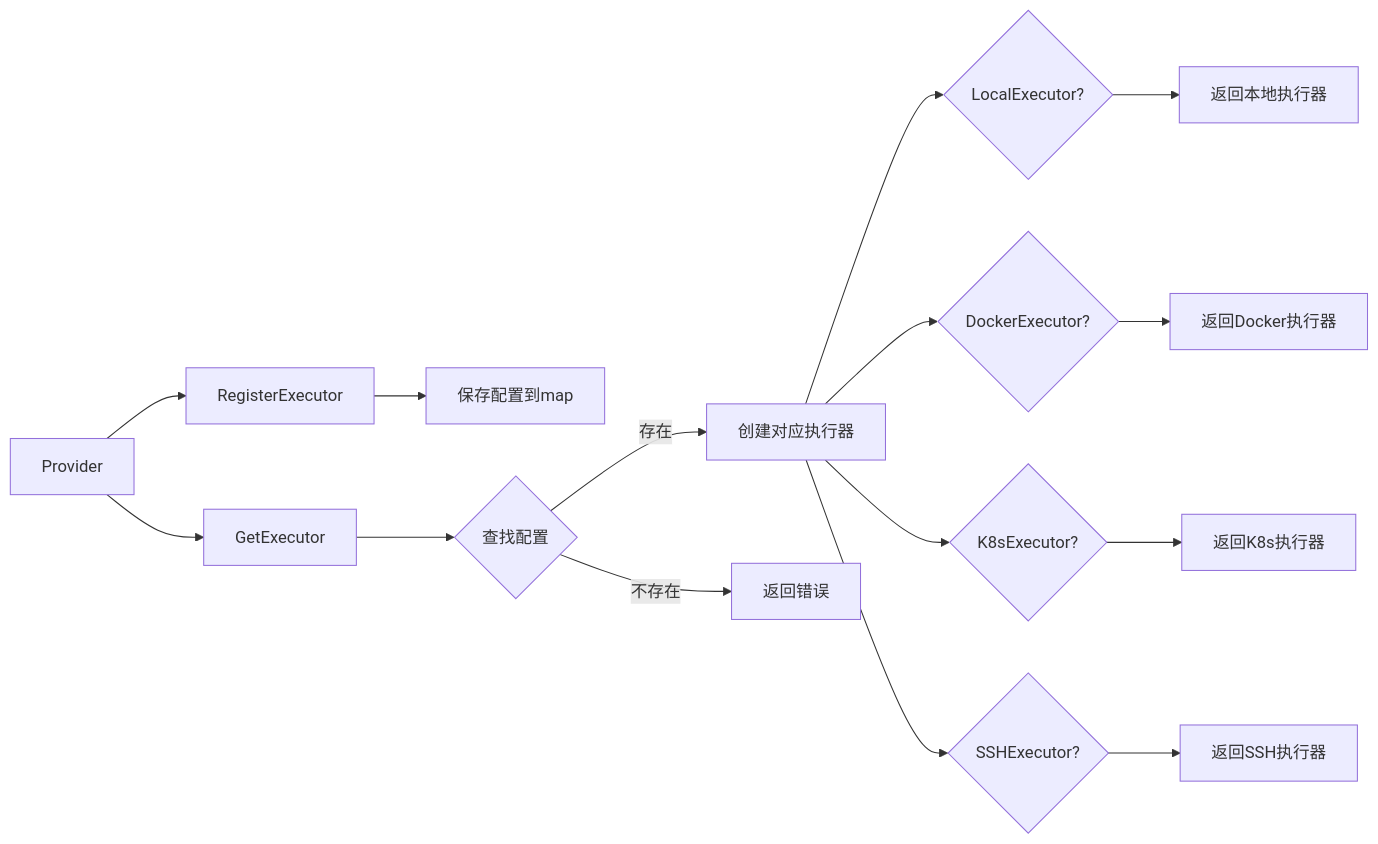
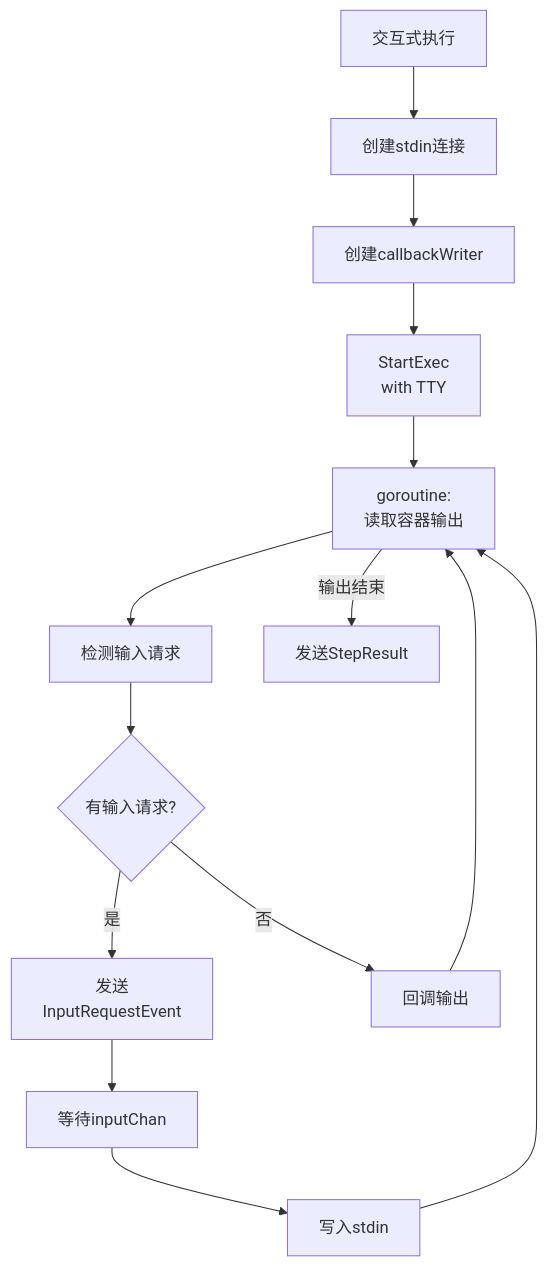
Before and after one commit to LerkoX/flowx: the seventh of 13 diagrams in executor/FLOWS.md, drawn with Mermaid. The commit also changed other lines of this file and 6 other files, not shown here.

First line of the commit message:
docs: enhance module flow diagrams with detailed implementation flows

````diff
--- a/executor/FLOWS.md
+++ b/executor/FLOWS.md
@@ -116,20 +173,18 @@
 ```mermaid
-flowchart LR
-    A[Provider] --> B[RegisterExecutor]
-    B --> C[保存配置到map]
+flowchart TD
+    A[交互式执行] --> B[创建stdin连接]
+    B --> C[创建callbackWriter]
+    C --> D[StartExec<br/>with TTY]
 
-    A --> D[GetExecutor]
-    D --> E{查找配置}
-    E -->|存在| F[创建对应执行器]
-    E -->|不存在| G[返回错误]
+    D --> E[goroutine:<br/>读取容器输出]
+    E --> F[检测输入请求]
+    F --> G{有输入请求?}
+    G -->|是| H[发送<br/>InputRequestEvent]
+    H --> I[等待inputChan]
+    I --> J[写入stdin]
+    J --> E
+    G -->|否| K[回调输出]
+    K --> E
 
-    F --> H{LocalExecutor?}
-    F --> I{DockerExecutor?}
-    F --> J{K8sExecutor?}
-    F --> K{SSHExecutor?}
-
-    H --> L[返回本地执行器]
-    I --> M[返回Docker执行器]
-    J --> N[返回K8s执行器]
-    K --> O[返回SSH执行器]
+    E -->|输出结束| L[发送StepResult]
 ```
````
